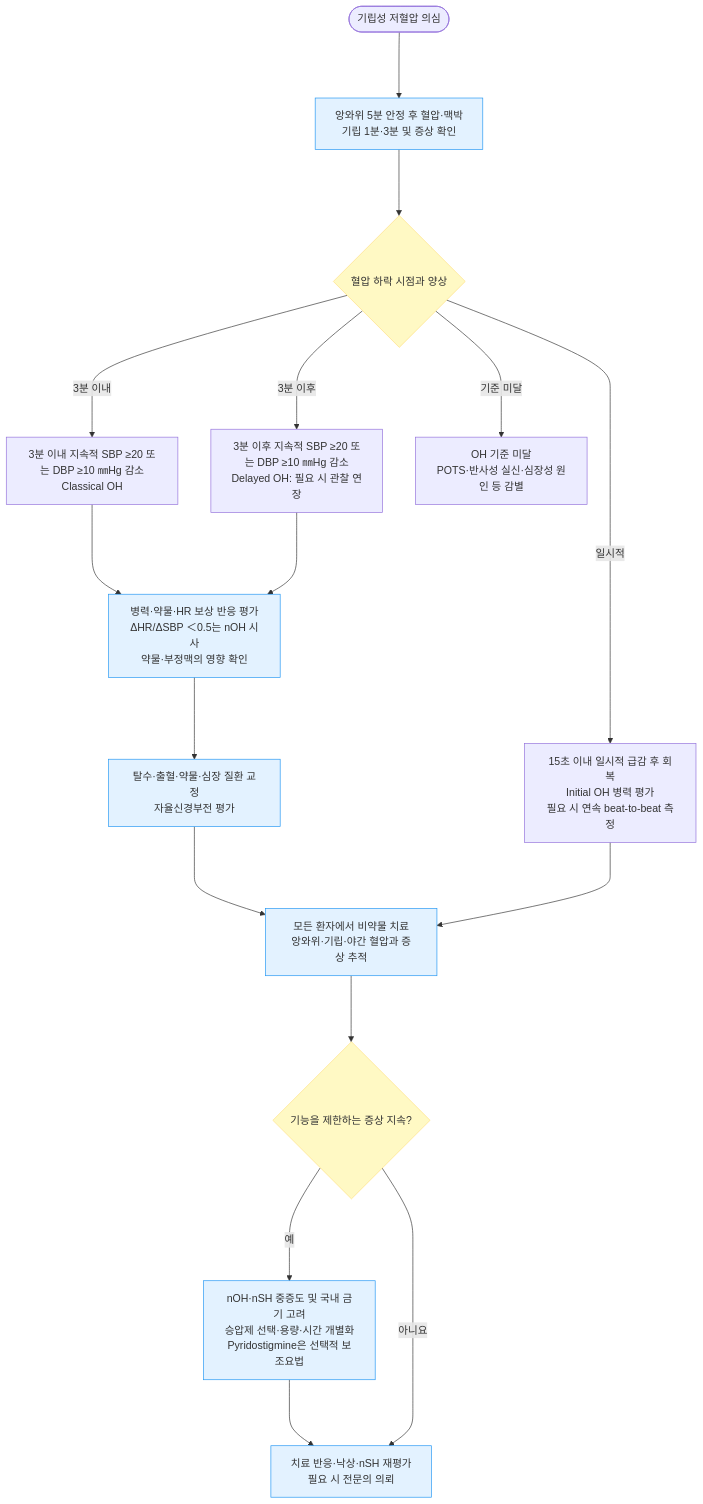
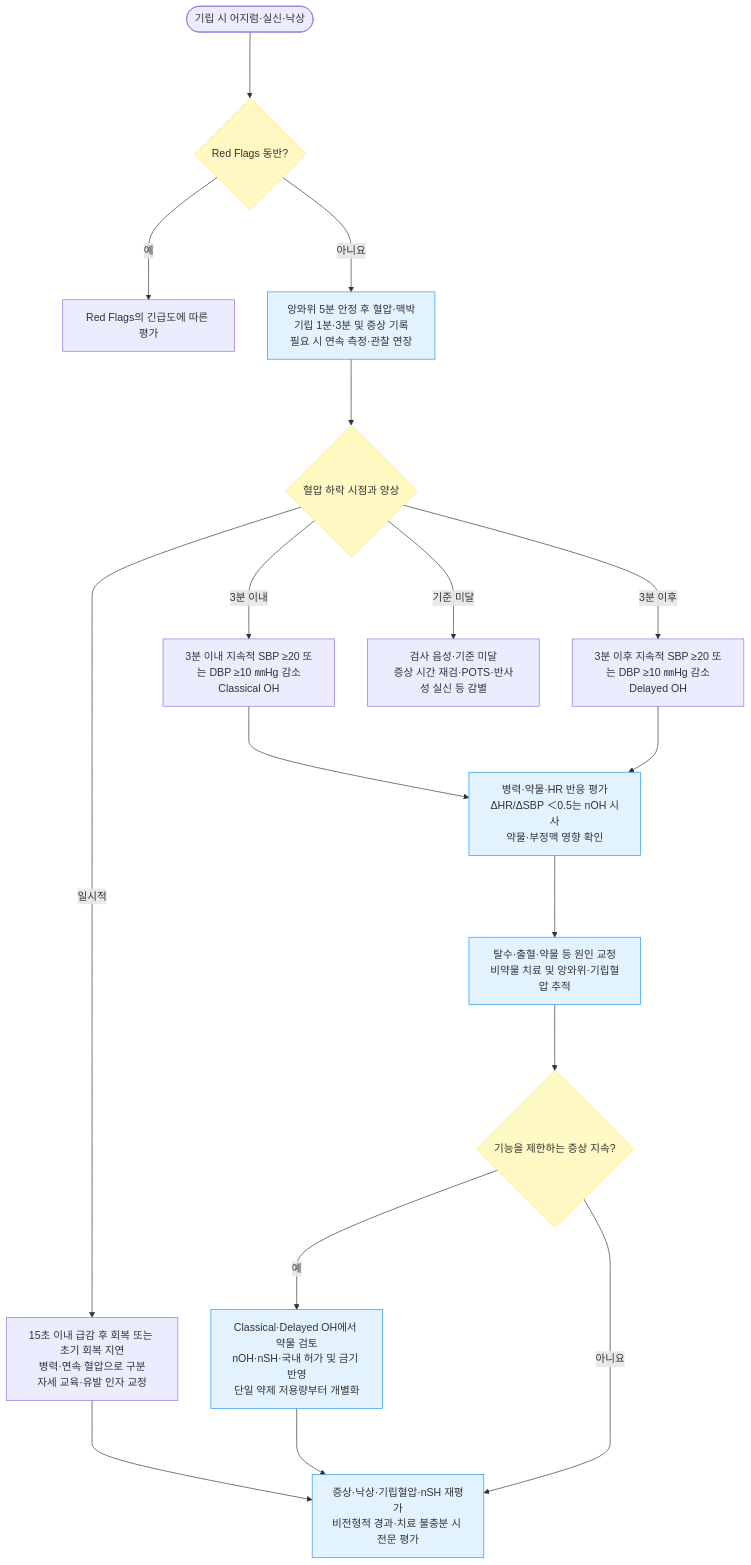
The diagram in 225_/096_-orthostatic-hypotension.md (familyoh77/familyoh77), drawn with Mermaid before and after one commit. The commit also changed other lines of this file and 3 other files, not shown here.

````diff
--- a/225_/096_-orthostatic-hypotension.md
+++ b/225_/096_-orthostatic-hypotension.md
@@ -140,31 +155,31 @@
 ```mermaid
 graph TD
-    Start([기립성 저혈압 의심])
-    BP["앙와위 5분 안정 후 혈압·맥박<br/>기립 1분·3분 및 증상 확인"]
+    Start([기립 시 어지럼·실신·낙상])
+    Risk{"Red Flags 동반?"}
+    Urgent["Red Flags의 긴급도에 따른 평가"]
+    BP["앙와위 5분 안정 후 혈압·맥박<br/>기립 1분·3분 및 증상 기록<br/>필요 시 연속 측정·관찰 연장"]
     Time{"혈압 하락 시점과 양상"}
-    Init["15초 이내 일시적 급감 후 회복<br/>Initial OH 병력 평가<br/>필요 시 연속 beat-to-beat 측정"]
+    Init["15초 이내 급감 후 회복 또는 초기 회복 지연<br/>병력·연속 혈압으로 구분<br/>자세 교육·유발 인자 교정"]
     Classic["3분 이내 지속적 SBP ≥20 또는 DBP ≥10 ㎜Hg 감소<br/>Classical OH"]
-    Delay["3분 이후 지속적 SBP ≥20 또는 DBP ≥10 ㎜Hg 감소<br/>Delayed OH: 필요 시 관찰 연장"]
-    Other["OH 기준 미달<br/>POTS·반사성 실신·심장성 원인 등 감별"]
-    HR["병력·약물·HR 보상 반응 평가<br/>ΔHR/ΔSBP ＜0.5는 nOH 시사<br/>약물·부정맥의 영향 확인"]
-    Cause["탈수·출혈·약물·심장 질환 교정<br/>자율신경부전 평가"]
-    NonTx["모든 환자에서 비약물 치료<br/>앙와위·기립·야간 혈압과 증상 추적"]
+    Delay["3분 이후 지속적 SBP ≥20 또는 DBP ≥10 ㎜Hg 감소<br/>Delayed OH"]
+    Other["검사 음성·기준 미달<br/>증상 시간 재검·POTS·반사성 실신 등 감별"]
+    HR["병력·약물·HR 반응 평가<br/>ΔHR/ΔSBP ＜0.5는 nOH 시사<br/>약물·부정맥 영향 확인"]
+    Cause["탈수·출혈·약물 등 원인 교정<br/>비약물 치료 및 앙와위·기립혈압 추적"]
     Persist{"기능을 제한하는 증상 지속?"}
-    Drug["nOH·nSH 중증도 및 국내 금기 고려<br/>승압제 선택·용량·시간 개별화<br/>Pyridostigmine은 선택적 보조요법"]
-    Follow["치료 반응·낙상·nSH 재평가<br/>필요 시 전문의 의뢰"]
-    Start ---> BP ---> Time
-    Time -- "일시적" ---> Init
-    Time -- "3분 이내" ---> Classic
-    Time -- "3분 이후" ---> Delay
+    Drug["Classical·Delayed OH에서 약물 검토<br/>nOH·nSH·국내 허가 및 금기 반영<br/>단일 약제 저용량부터 개별화"]
+    Follow["증상·낙상·기립혈압·nSH 재평가<br/>비전형적 경과·치료 불충분 시 전문 평가"]
+    Start ---> Risk
+    Risk -- "예" ---> Urgent
+    Risk -- "아니요" ---> BP ---> Time
+    Time -- "일시적" ---> Init ---> Follow
+    Time -- "3분 이내" ---> Classic ---> HR
+    Time -- "3분 이후" ---> Delay ---> HR
     Time -- "기준 미달" ---> Other
-    Classic ---> HR
-    Delay ---> HR
-    HR ---> Cause ---> NonTx ---> Persist
-    Init ---> NonTx
+    HR ---> Cause ---> Persist
     Persist -- "예" ---> Drug ---> Follow
     Persist -- "아니요" ---> Follow
     classDef blue fill:#e3f2ff,stroke:#2196f3
     classDef yellow fill:#fff9c4,stroke:#ffe082
-    class BP,HR,Cause,NonTx,Drug,Follow blue
-    class Time,Persist yellow
+    class BP,HR,Cause,Drug,Follow blue
+    class Risk,Time,Persist yellow
 ```
````
